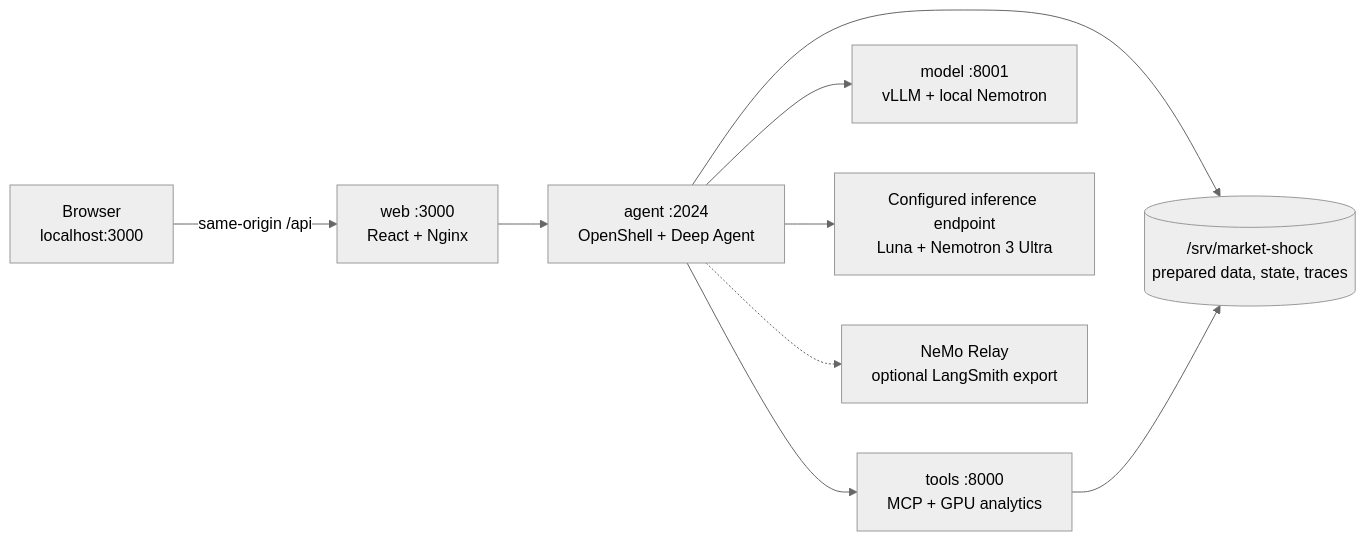
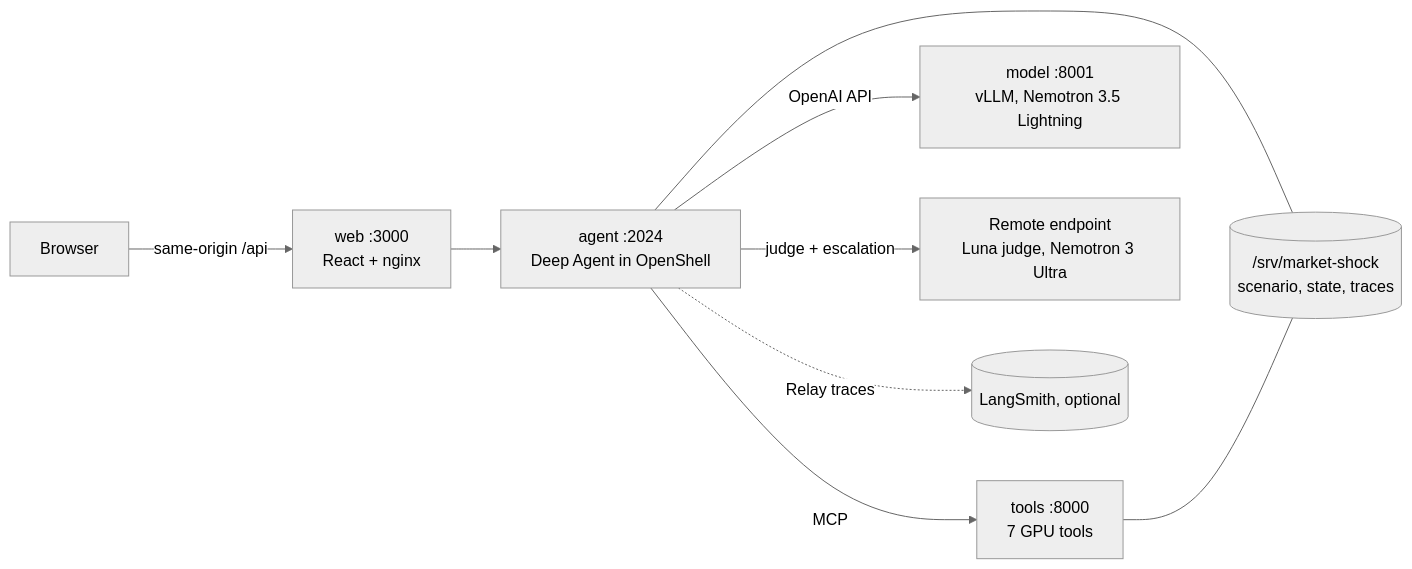
One commit to pastorsj/market-analysis-demo changed the diagram in README.md. Above: the diagram before and after it, drawn with Mermaid (neutral theme). The commit also changed other lines of this file and 5 other files, not shown here.

````diff
--- a/README.md
+++ b/README.md
@@ -94,20 +45,11 @@
 ```mermaid
 flowchart LR
-    browser["Browser<br/>localhost:3000"]
-    web["web :3000<br/>React + Nginx"]
-    agent["agent :2024<br/>OpenShell + Deep Agent"]
-    tools["tools :8000<br/>MCP + GPU analytics"]
-    model["model :8001<br/>vLLM + local Nemotron"]
-    remote["Configured inference endpoint<br/>Luna + Nemotron 3 Ultra"]
-    state[("/srv/market-shock<br/>prepared data, state, traces")]
-    observe["NeMo Relay<br/>optional LangSmith export"]
-
-    browser -->|same-origin /api| web
-    web --> agent
-    agent --> tools
-    agent --> model
-    agent --> remote
-    agent --> state
-    tools --> state
-    agent -.-> observe
+    browser[Browser] -->|same-origin /api| web["web :3000<br/>React + nginx"]
+    web --> agent["agent :2024<br/>Deep Agent in OpenShell"]
+    agent -->|MCP| tools["tools :8000<br/>7 GPU tools"]
+    agent -->|OpenAI API| model["model :8001<br/>vLLM, Nemotron 3.5 Lightning"]
+    agent -->|judge + escalation| remote["Remote endpoint<br/>Luna judge, Nemotron 3 Ultra"]
+    agent -.->|Relay traces| smith[(LangSmith, optional)]
+    agent --- state[("/srv/market-shock<br/>scenario, state, traces")]
+    tools --- state
 ```
````
